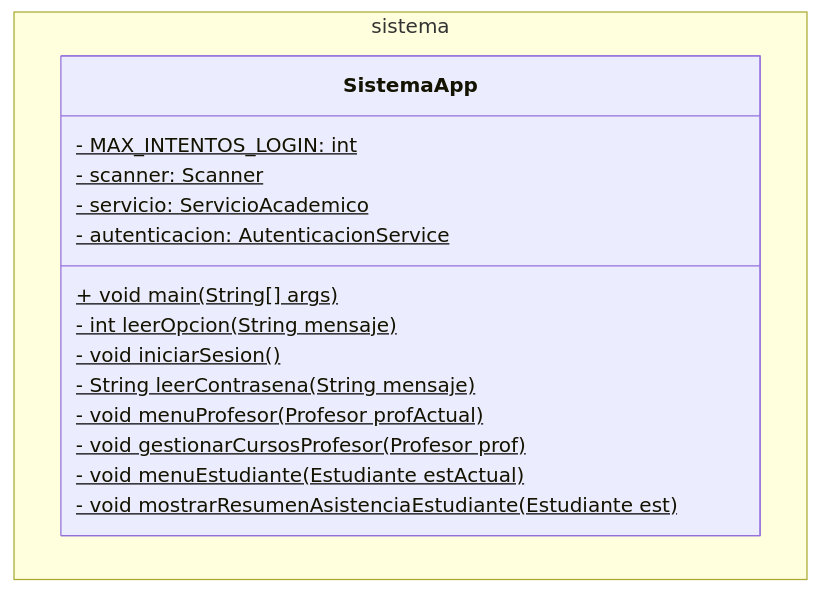
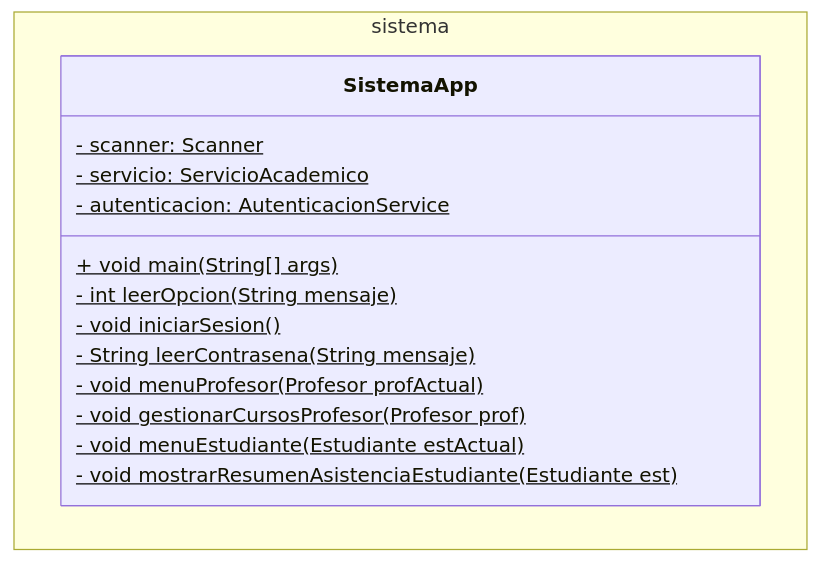
Before and after one commit to Aireck2/take-attendance-java: the diagram in docs/sistema/Sistema.mmd, drawn with Mermaid. The commit also changed 8 other files, not shown here.

```diff
--- a/docs/sistema/Sistema.mmd
+++ b/docs/sistema/Sistema.mmd
@@ -1,17 +1,16 @@
 classDiagram
     namespace sistema {
         class SistemaApp {
-            - MAX_INTENTOS_LOGIN: int$
             - scanner: Scanner$
             - servicio: ServicioAcademico$
             - autenticacion: AutenticacionService$
             + void main(String[] args)$
             - int leerOpcion(String mensaje)$
             - void iniciarSesion()$
             - String leerContrasena(String mensaje)$
             - void menuProfesor(Profesor profActual)$
             - void gestionarCursosProfesor(Profesor prof)$
             - void menuEstudiante(Estudiante estActual)$
             - void mostrarResumenAsistenciaEstudiante(Estudiante est)$
         }
     }
```
